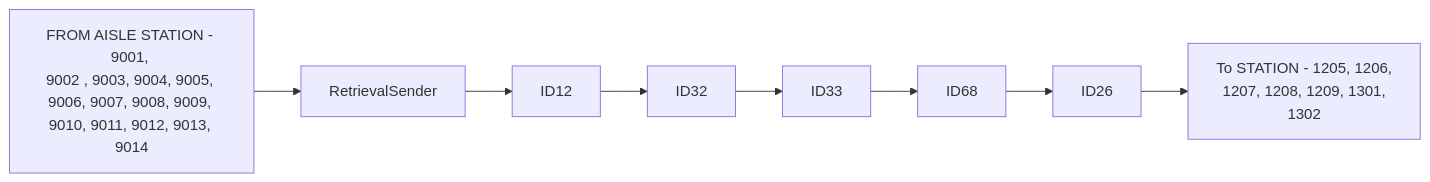
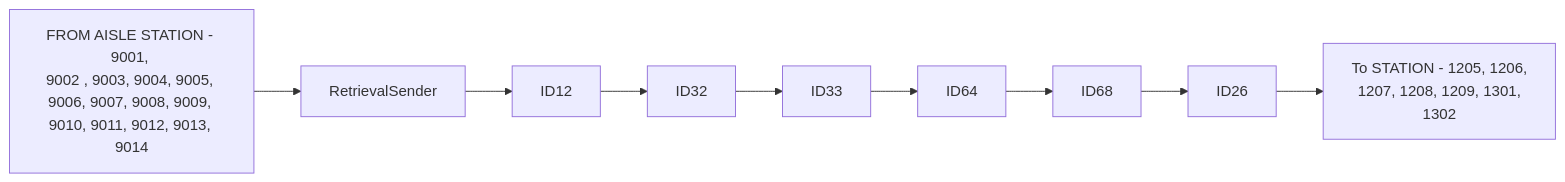
Before and after one commit to luthfiadityaa/SimeDarby-Wiki: the first of 9 diagrams in Basic-Design/DFD-WMS/Retrieval/Planned-Retrieval-to-HP-Area.md, drawn with Mermaid. The commit also changed other lines of this file, not shown here.

```diff
--- a/Basic-Design/DFD-WMS/Retrieval/Planned-Retrieval-to-HP-Area.md
+++ b/Basic-Design/DFD-WMS/Retrieval/Planned-Retrieval-to-HP-Area.md
@@ -11,11 +11,11 @@
 ::: mermaid
 flowchart LR
   
 P1[FROM AISLE STATION - 9001, 
 9002 , 9003, 9004, 9005, 
 9006, 9007, 9008, 9009, 
 9010, 9011, 9012, 9013, 
-9014]-->P2[RetrievalSender]-->P21[ID12]-->P3[ID32]-->P4[ID33]-->P6[ID68]-->P7[ID26]-->P8[To STATION - 1205, 1206, 
+9014]-->P2[RetrievalSender]-->P21[ID12]-->P3[ID32]-->P4[ID33]-->P5[ID64]-->P6[ID68]-->P7[ID26]-->P8[To STATION - 1205, 1206, 
 1207, 1208, 1209, 1301, 
 1302] 
 :::
```
